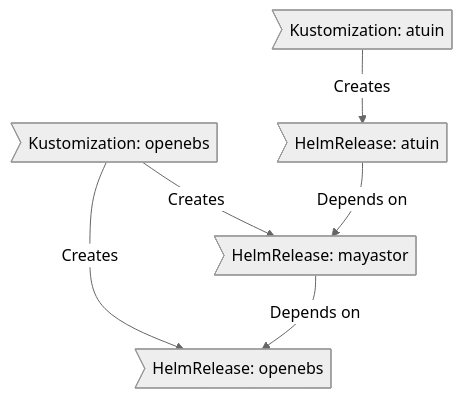
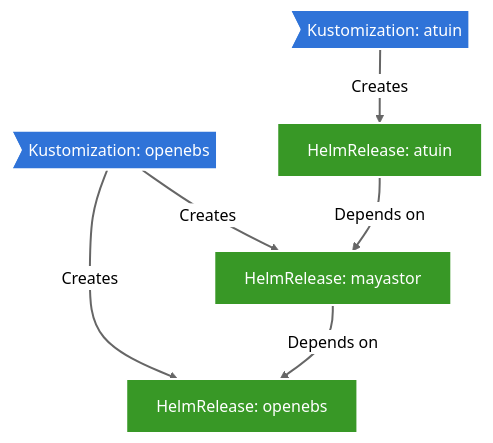
One commit to step-security-bot/dapper-cluster changed the first of 2 diagrams in README.md. Above: the diagram before and after it, drawn with Mermaid (neutral theme). The commit also changed other lines of this file, not shown here.

Commit message:
feat: styling of readme

````diff
--- a/README.md
+++ b/README.md
@@ -94,8 +94,23 @@
 ```mermaid
 graph TD
-    A>Kustomization: openebs] -->|Creates| B[HelmRelease: openebs]
-    A>Kustomization: openebs] -->|Creates| C[HelmRelease: mayastor]
-    C>HelmRelease: mayastor] -->|Depends on| B>HelmRelease: openebs]
-    D>Kustomization: atuin] -->|Creates| E(HelmRelease: atuin)
-    E>HelmRelease: atuin] -->|Depends on| C>HelmRelease: mayastor]
+    %% Styling
+    classDef kustomization fill:#2f73d8,stroke:#fff,stroke-width:2px,color:#fff
+    classDef helmRelease fill:#389826,stroke:#fff,stroke-width:2px,color:#fff
+
+    %% Nodes
+    A>Kustomization: openebs]:::kustomization
+    B[HelmRelease: openebs]:::helmRelease
+    C[HelmRelease: mayastor]:::helmRelease
+    D>Kustomization: atuin]:::kustomization
+    E[HelmRelease: atuin]:::helmRelease
+
+    %% Relationships with styled edges
+    A -->|Creates| B
+    A -->|Creates| C
+    C -->|Depends on| B
+    D -->|Creates| E
+    E -->|Depends on| C
+
+    %% Link styling
+    linkStyle default stroke:#666,stroke-width:2px
 ```
````
